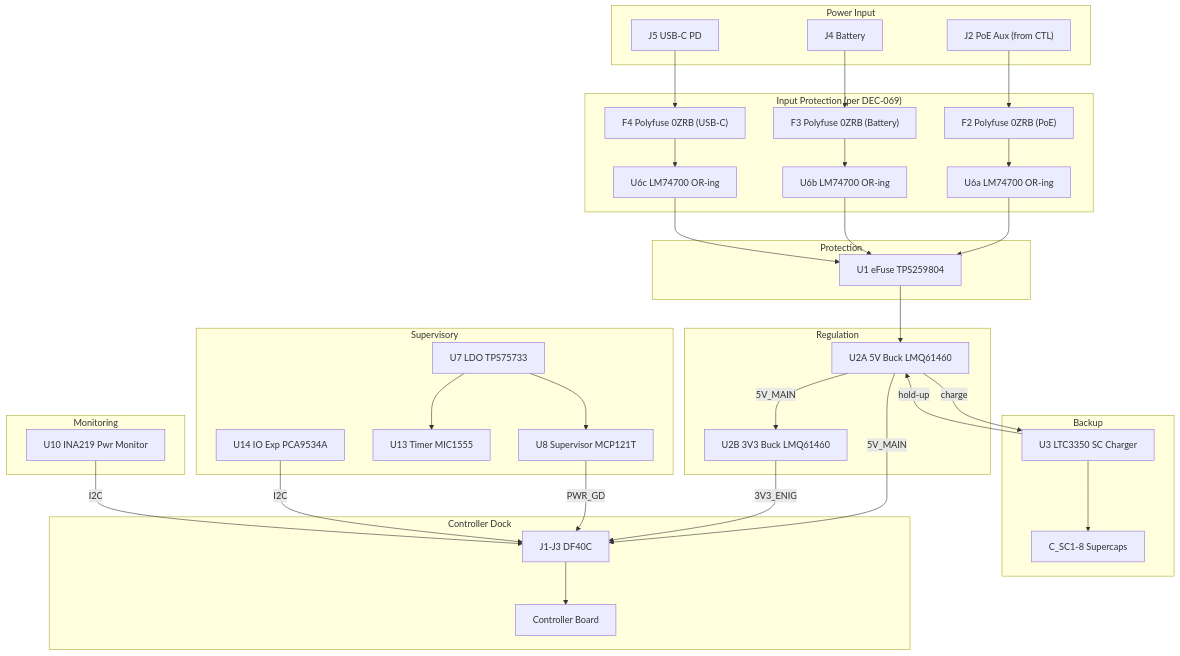
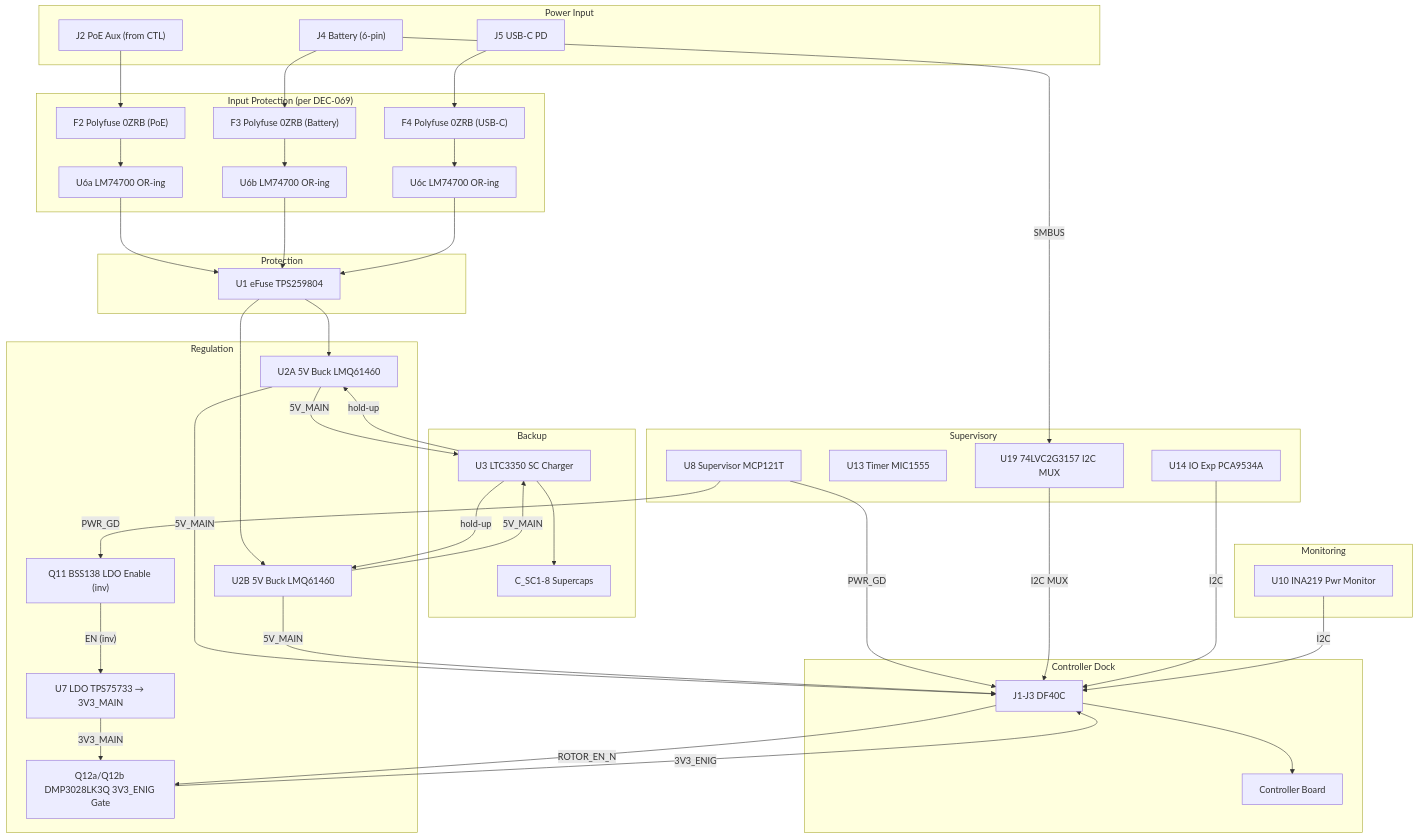
The diagram in design/Electronics/Power_Module/Design_Spec.md (thepinkmile/Enigma-2026-AI), drawn with Mermaid before and after one commit. The commit also changed other lines of this file and 28 other files, not shown here.

````diff
--- a/design/Electronics/Power_Module/Design_Spec.md
+++ b/design/Electronics/Power_Module/Design_Spec.md
@@ -78,65 +78,71 @@
 ```mermaid
 flowchart TD
   subgraph PowerInput["Power Input"]
     J2["J2 PoE Aux (from CTL)"]
-    J4["J4 Battery"]
+    J4["J4 Battery (6-pin)"]
     J5["J5 USB-C PD"]
   end
 
   subgraph InputProtection["Input Protection (per DEC-069)"]
     F2["F2 Polyfuse 0ZRB (PoE)"]
     F3["F3 Polyfuse 0ZRB (Battery)"]
     F4["F4 Polyfuse 0ZRB (USB-C)"]
     U6a["U6a LM74700 OR-ing"]
     U6b["U6b LM74700 OR-ing"]
     U6c["U6c LM74700 OR-ing"]
   end
 
   subgraph Protection["Protection"]
     U1["U1 eFuse TPS259804"]
   end
 
   subgraph Regulation["Regulation"]
     U2A["U2A 5V Buck LMQ61460"]
-    U2B["U2B 3V3 Buck LMQ61460"]
+    U2B["U2B 5V Buck LMQ61460"]
+    U7["U7 LDO TPS75733 → 3V3_MAIN"]
+    Q11["Q11 BSS138 LDO Enable (inv)"]
+    Q12["Q12a/Q12b DMP3028LK3Q 3V3_ENIG Gate"]
   end
 
   subgraph Backup["Backup"]
     U3["U3 LTC3350 SC Charger"]
     CSC["C_SC1-8 Supercaps"]
   end
 
   subgraph Supervisory["Supervisory"]
-    U7["U7 LDO TPS75733"]
     U8["U8 Supervisor MCP121T"]
     U13["U13 Timer MIC1555"]
     U14["U14 IO Exp PCA9534A"]
+    U19["U19 74LVC2G3157 I2C MUX"]
   end
 
   subgraph Monitoring["Monitoring"]
     U10["U10 INA219 Pwr Monitor"]
   end
 
   subgraph Dock["Controller Dock"]
     J1J3["J1-J3 DF40C"]
     CTRL["Controller Board"]
   end
 
   J2 --> F2 --> U6a
   J4 --> F3 --> U6b
   J5 --> F4 --> U6c
   U6a & U6b & U6c --> U1
-  U1 --> U2A
-  U2A -- "5V_MAIN" --> U2B
-  U2A -- "charge" --> U3
-  U3 -- "hold-up" --> U2A
+  U1 --> U2A & U2B
+  U2A & U2B -- "5V_MAIN" --> U3
+  U3 -- "hold-up" --> U2A & U2B
   U3 --> CSC
-  U2A -- "5V_MAIN" --> J1J3
-  U2B -- "3V3_ENIG" --> J1J3
-  U7 --> U8
-  U7 --> U13
+  U2A & U2B -- "5V_MAIN" --> J1J3
+  U8 -- "PWR_GD" --> Q11
   U8 -- "PWR_GD" --> J1J3
+  Q11 -- "EN (inv)" --> U7
+  U7 -- "3V3_MAIN" --> Q12
+  J1J3 -- "ROTOR_EN_N" --> Q12
+  Q12 -- "3V3_ENIG" --> J1J3
+  J4 -- "SMBUS" --> U19
+  U19 -- "I2C MUX" --> J1J3
   U14 -- "I2C" --> J1J3
   U10 -- "I2C" --> J1J3
   J1J3 --> CTRL
 ```
````
